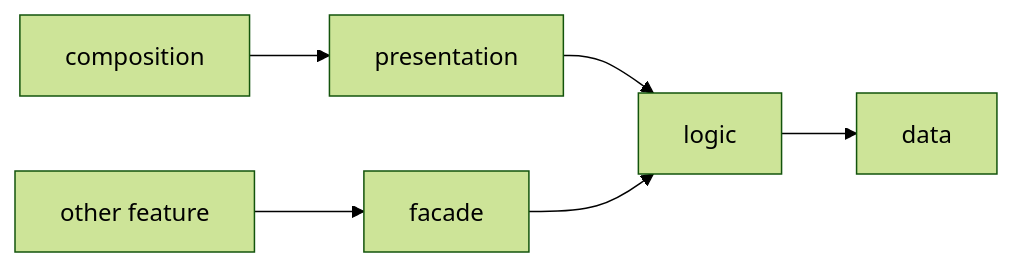
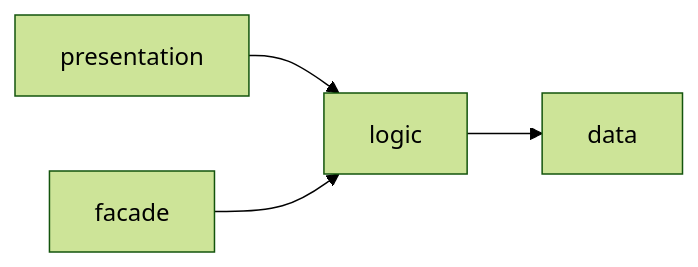
Before and after one commit to AIDDbot/AIDDbot: the diagram in docs/principles/feature.md, drawn with Mermaid (forest theme). The commit also changed other lines of this file and 8 other files, not shown here.

````diff
--- a/docs/principles/feature.md
+++ b/docs/principles/feature.md
@@ -7,8 +7,6 @@
 ```mermaid
 flowchart LR
-    COMP[composition] --> PRES[presentation]
-    OTHER[other feature] --> FACADE[facade]
-    PRES --> LOGIC[logic]
-    FACADE --> LOGIC
+    PRES[presentation] --> LOGIC[logic]
+    FACADE[facade] --> LOGIC
     LOGIC --> DATA[data]
 ```
````
